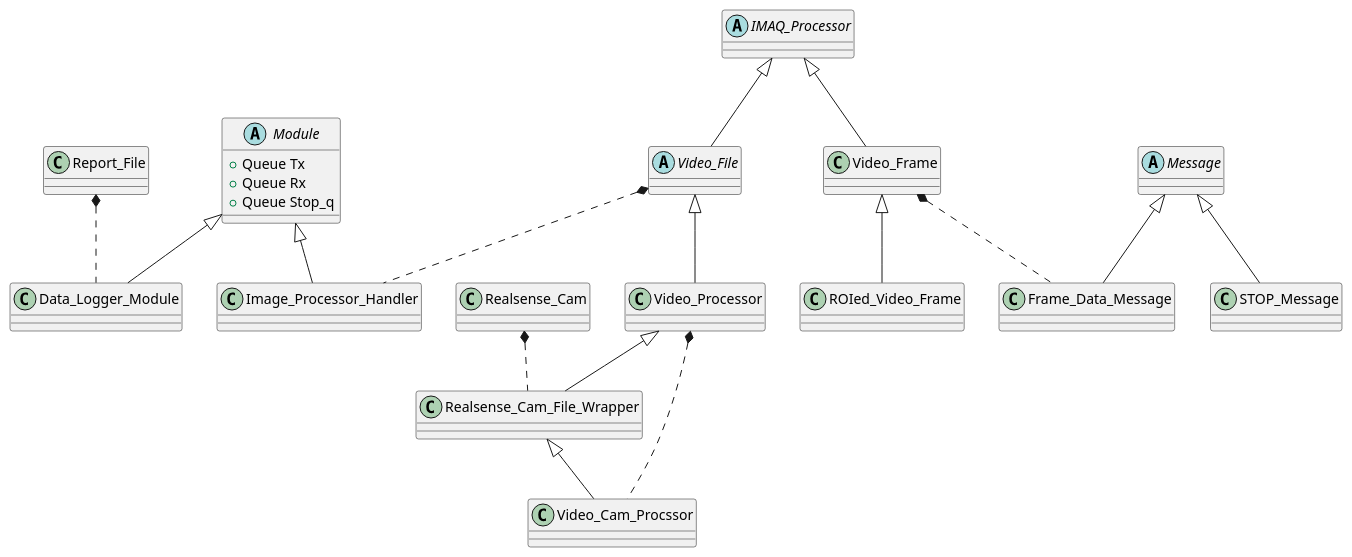
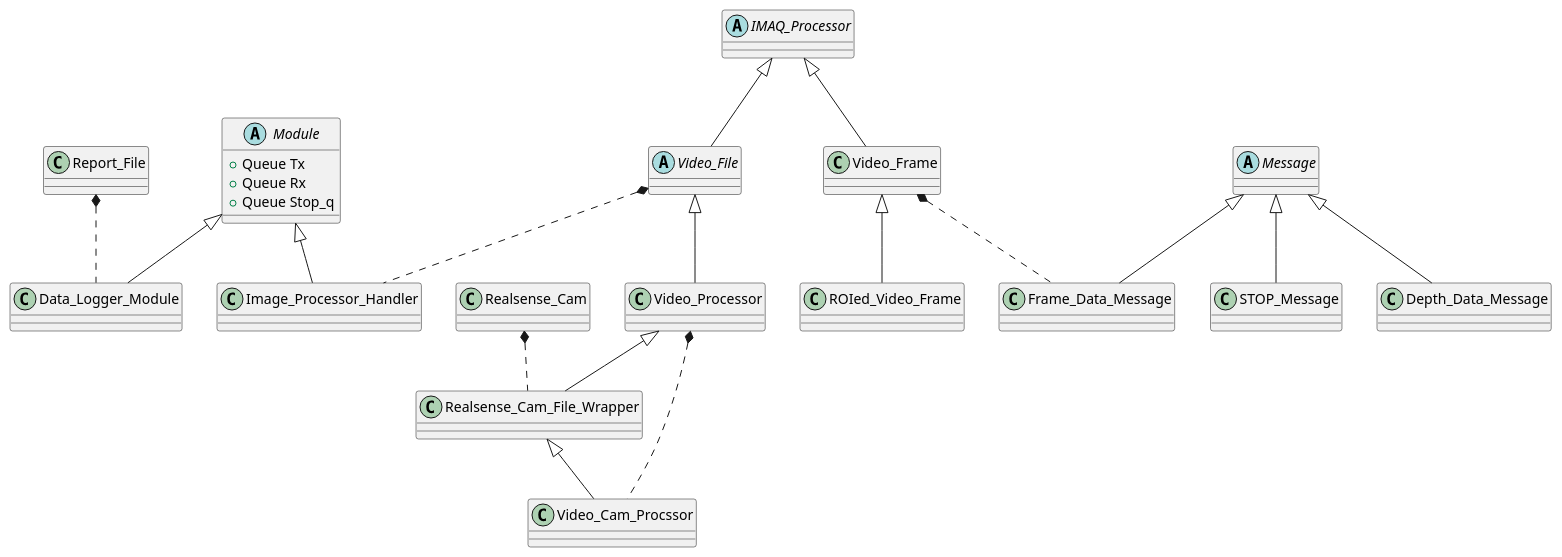
One commit to aaron-jencks/emerson_seed_object_detection changed the diagram in LabVIEW/Projects/Paul's Video Viewer/Documentation/Module Breakdown.puml. Above: the diagram before and after it, drawn with PlantUML. The commit also changed 57 other files, not shown here.

```diff
--- a/LabVIEW/Projects/Paul's Video Viewer/Documentation/Module Breakdown.puml
+++ b/LabVIEW/Projects/Paul's Video Viewer/Documentation/Module Breakdown.puml
@@ -1,77 +1,82 @@
 @startuml
 
 abstract class Module{
     {field} +Queue Tx
     {field} +Queue Rx
     {field} +Queue Stop_q
 }
 
 class Report_File{
 }
 
 class Data_Logger_Module{
 }
 
 Module <|-- Data_Logger_Module
 Report_File *.. Data_Logger_Module
 
 
 abstract class IMAQ_Processor{
 }
 
 class Video_Frame{
 }
 
 IMAQ_Processor <|-- Video_Frame
 
 class ROIed_Video_Frame{
 }
 
 Video_Frame <|-- ROIed_Video_Frame
 
 abstract class Video_File{
 }
 
 IMAQ_Processor <|-- Video_File
 
 class Image_Processor_Handler{
 }
 
 Module <|-- Image_Processor_Handler
 Video_File *.. Image_Processor_Handler
 
 class Video_Processor{
 }
 
 Video_File <|-- Video_Processor
 
 class Realsense_Cam{
 }
 
 class Realsense_Cam_File_Wrapper{
 }
 
 Realsense_Cam *.. Realsense_Cam_File_Wrapper
 Video_Processor <|-- Realsense_Cam_File_Wrapper
 
 class Video_Cam_Procssor{
 }
 
 Realsense_Cam_File_Wrapper <|-- Video_Cam_Procssor
 Video_Processor *.. Video_Cam_Procssor
 
 abstract class Message{
 }
 
 class STOP_Message{
 }
 
 Message <|-- STOP_Message
 
 class Frame_Data_Message{
 }
 
 Message <|-- Frame_Data_Message
 Video_Frame *.. Frame_Data_Message
 
+class Depth_Data_Message{
+}
+
+Message <|-- Depth_Data_Message
+
 @enduml
```
